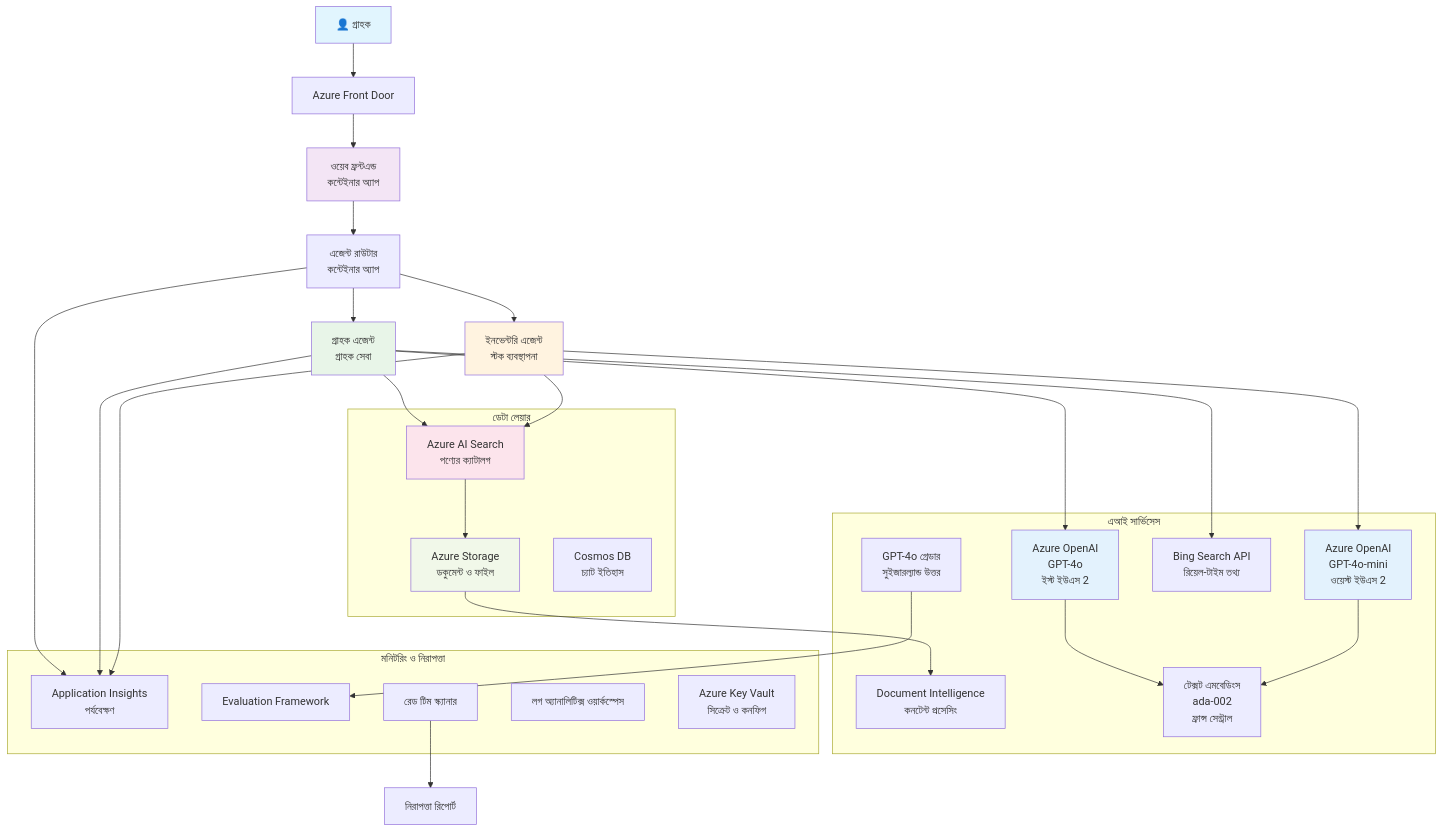
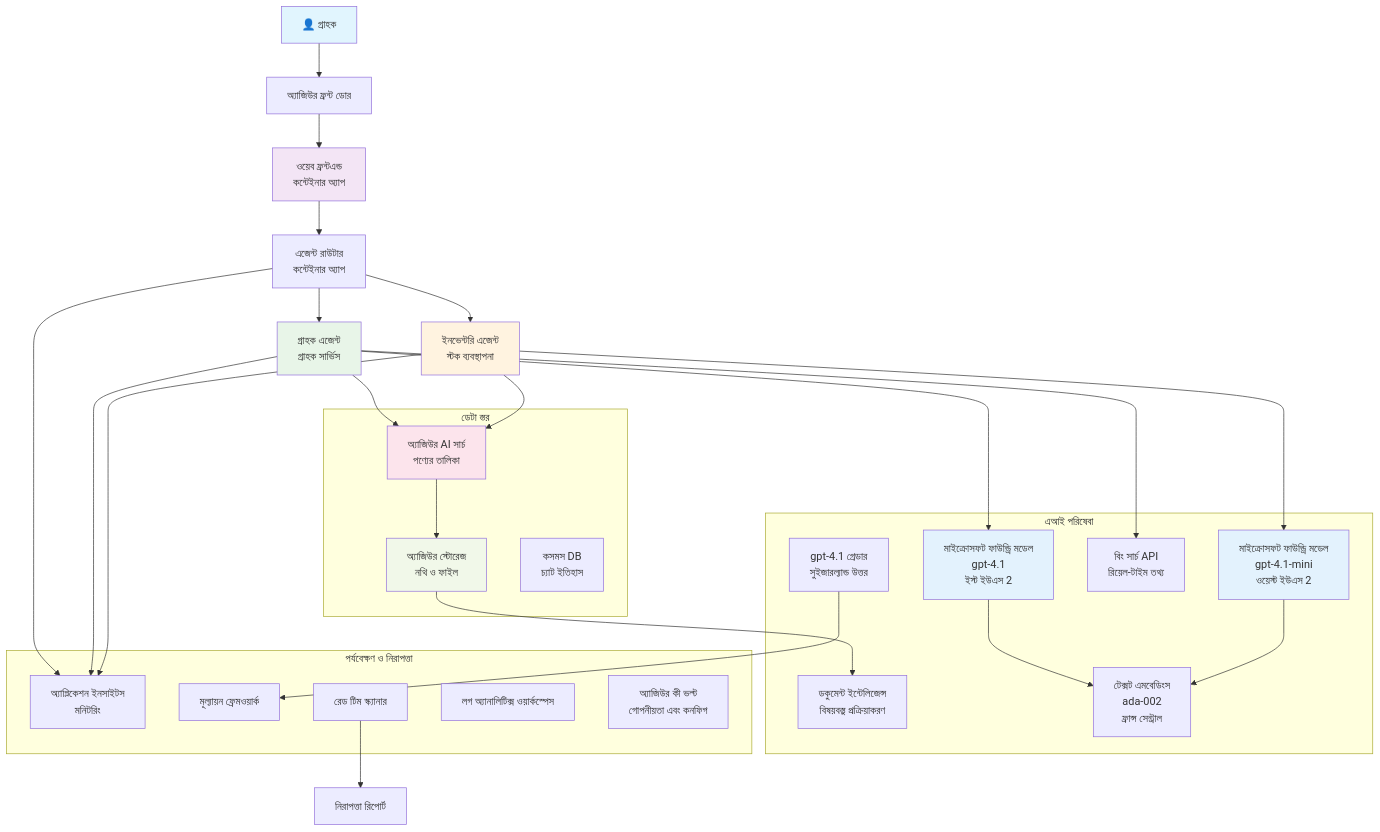
Before and after one commit to microsoft/AZD-for-beginners: the diagram in translations/bn/examples/retail-scenario.md, drawn with Mermaid. The commit also changed other lines of this file and 101 other files, not shown here.

````diff
--- a/translations/bn/examples/retail-scenario.md
+++ b/translations/bn/examples/retail-scenario.md
@@ -139,61 +139,61 @@
 ```mermaid
 graph TB
-    User[👤 গ্রাহক] --> LB[Azure Front Door]
+    User[👤 গ্রাহক] --> LB[অ্যাজিউর ফ্রন্ট ডোর]
     LB --> WebApp[ওয়েব ফ্রন্টএন্ড<br/>কন্টেইনার অ্যাপ]
     
     WebApp --> Router[এজেন্ট রাউটার<br/>কন্টেইনার অ্যাপ]
-    Router --> CustomerAgent[গ্রাহক এজেন্ট<br/>গ্রাহক সেবা]
+    Router --> CustomerAgent[গ্রাহক এজেন্ট<br/>গ্রাহক সার্ভিস]
     Router --> InvAgent[ইনভেন্টরি এজেন্ট<br/>স্টক ব্যবস্থাপনা]
     
-    CustomerAgent --> OpenAI1[Azure OpenAI<br/>GPT-4o<br/>ইস্ট ইউএস 2]
-    InvAgent --> OpenAI2[Azure OpenAI<br/>GPT-4o-mini<br/>ওয়েস্ট ইউএস 2]
+    CustomerAgent --> OpenAI1[মাইক্রোসফট ফাউন্ড্রি মডেল<br/>gpt-4.1<br/>ইস্ট ইউএস 2]
+    InvAgent --> OpenAI2[মাইক্রোসফট ফাউন্ড্রি মডেল<br/>gpt-4.1-mini<br/>ওয়েস্ট ইউএস 2]
     
-    CustomerAgent --> AISearch[Azure AI Search<br/>পণ্যের ক্যাটালগ]
-    CustomerAgent --> BingSearch[Bing Search API<br/>রিয়েল-টাইম তথ্য]
+    CustomerAgent --> AISearch[অ্যাজিউর AI সার্চ<br/>পণ্যের তালিকা]
+    CustomerAgent --> BingSearch[বিং সার্চ API<br/>রিয়েল-টাইম তথ্য]
     InvAgent --> AISearch
     
-    AISearch --> Storage[Azure Storage<br/>ডকুমেন্ট ও ফাইল]
-    Storage --> DocIntel[Document Intelligence<br/>কনটেন্ট প্রসেসিং]
+    AISearch --> Storage[অ্যাজিউর স্টোরেজ<br/>নথি ও ফাইল]
+    Storage --> DocIntel[ডকুমেন্ট ইন্টেলিজেন্স<br/>বিষয়বস্তু প্রক্রিয়াকরণ]
     
     OpenAI1 --> Embeddings[টেক্সট এমবেডিংস<br/>ada-002<br/>ফ্রান্স সেন্ট্রাল]
     OpenAI2 --> Embeddings
     
-    Router --> AppInsights[Application Insights<br/>পর্যবেক্ষণ]
+    Router --> AppInsights[অ্যাপ্লিকেশন ইনসাইটস<br/>মনিটরিং]
     CustomerAgent --> AppInsights
     InvAgent --> AppInsights
     
-    GraderModel[GPT-4o গ্রেডার<br/>সুইজারল্যান্ড উত্তর] --> Evaluation[Evaluation Framework]
+    GraderModel[gpt-4.1 গ্রেডার<br/>সুইজারল্যান্ড উত্তর] --> Evaluation[মূল্যায়ন ফ্রেমওয়ার্ক]
     RedTeam[রেড টিম স্ক্যানার] --> SecurityReports[নিরাপত্তা রিপোর্ট]
     
-    subgraph "ডেটা লেয়ার"
+    subgraph "ডেটা স্তর"
         Storage
         AISearch
-        CosmosDB[Cosmos DB<br/>চ্যাট ইতিহাস]
+        CosmosDB[কসমস DB<br/>চ্যাট ইতিহাস]
     end
     
-    subgraph "এআই সার্ভিসেস"
+    subgraph "এআই পরিষেবা"
         OpenAI1
         OpenAI2
         Embeddings
         GraderModel
         DocIntel
         BingSearch
     end
     
-    subgraph "মনিটরিং ও নিরাপত্তা"
+    subgraph "পর্যবেক্ষণ ও নিরাপত্তা"
         AppInsights
         LogAnalytics[লগ অ্যানালিটিক্স ওয়ার্কস্পেস]
-        KeyVault[Azure Key Vault<br/>সিক্রেট ও কনফিগ]
+        KeyVault[অ্যাজিউর কী ভল্ট<br/>গোপনীয়তা এবং কনফিগ]
         RedTeam
         Evaluation
     end
     
     style User fill:#e1f5fe
     style WebApp fill:#f3e5f5
     style CustomerAgent fill:#e8f5e8
     style InvAgent fill:#fff3e0
     style OpenAI1 fill:#e3f2fd
     style OpenAI2 fill:#e3f2fd
     style AISearch fill:#fce4ec
     style Storage fill:#f1f8e9
 ```
````
